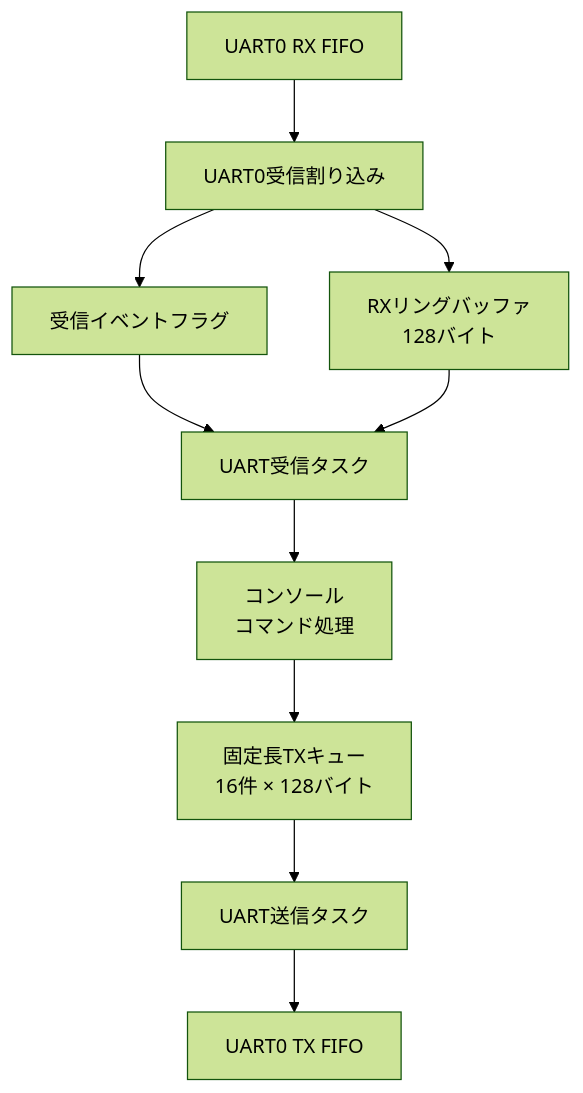
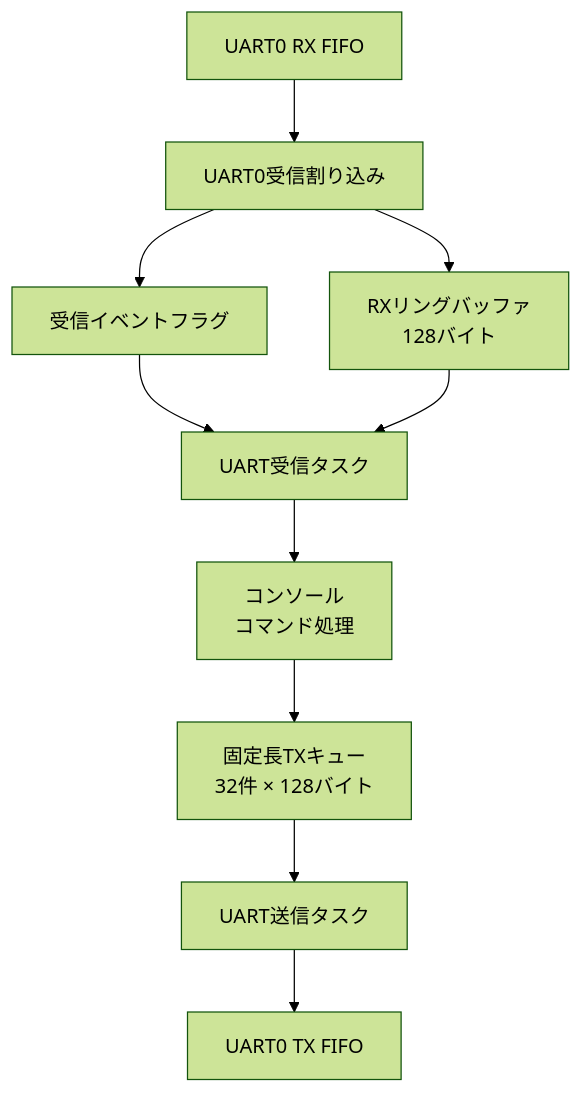
One commit to kazu025/trykernel-rp2040-console changed the diagram in README.md. Above: the diagram before and after it, drawn with Mermaid (forest theme). The commit also changed other lines of this file and 6 other files, not shown here.

````diff
--- a/README.md
+++ b/README.md
@@ -86,22 +86,22 @@
 ```mermaid
 flowchart TD
     RXF["UART0 RX FIFO"]
     IRQ["UART0受信割り込み"]
     RXB["RXリングバッファ<br/>128バイト"]
     EVT["受信イベントフラグ"]
     RXT["UART受信タスク"]
     CON["コンソール<br/>コマンド処理"]
-    TXQ["固定長TXキュー<br/>16件 × 128バイト"]
+    TXQ["固定長TXキュー<br/>32件 × 128バイト"]
     TXT["UART送信タスク"]
     TXF["UART0 TX FIFO"]
 
     RXF --> IRQ
     IRQ --> RXB
     IRQ --> EVT
     EVT --> RXT
     RXB --> RXT
     RXT --> CON
     CON --> TXQ
     TXQ --> TXT
     TXT --> TXF
 ```
````
